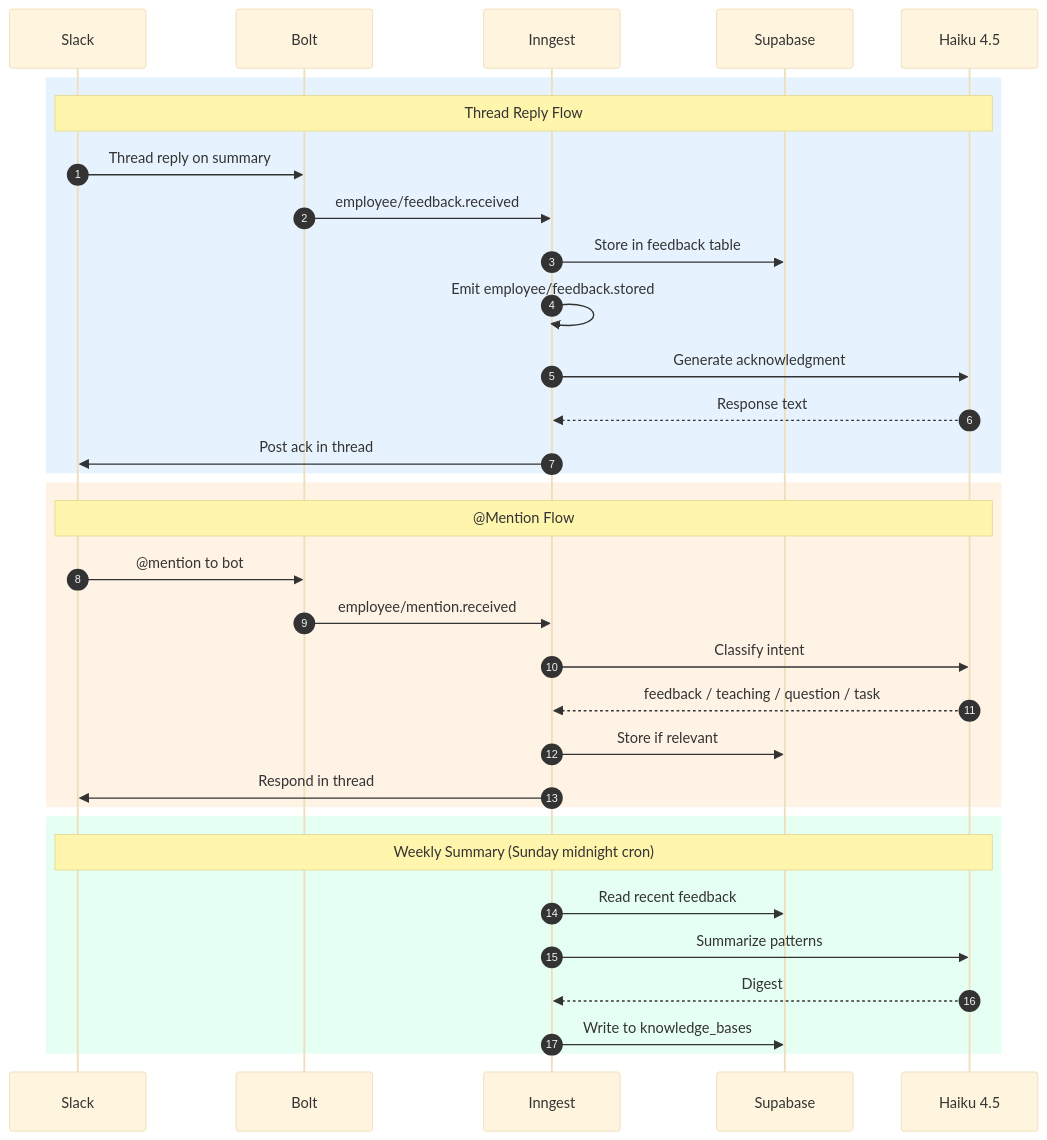
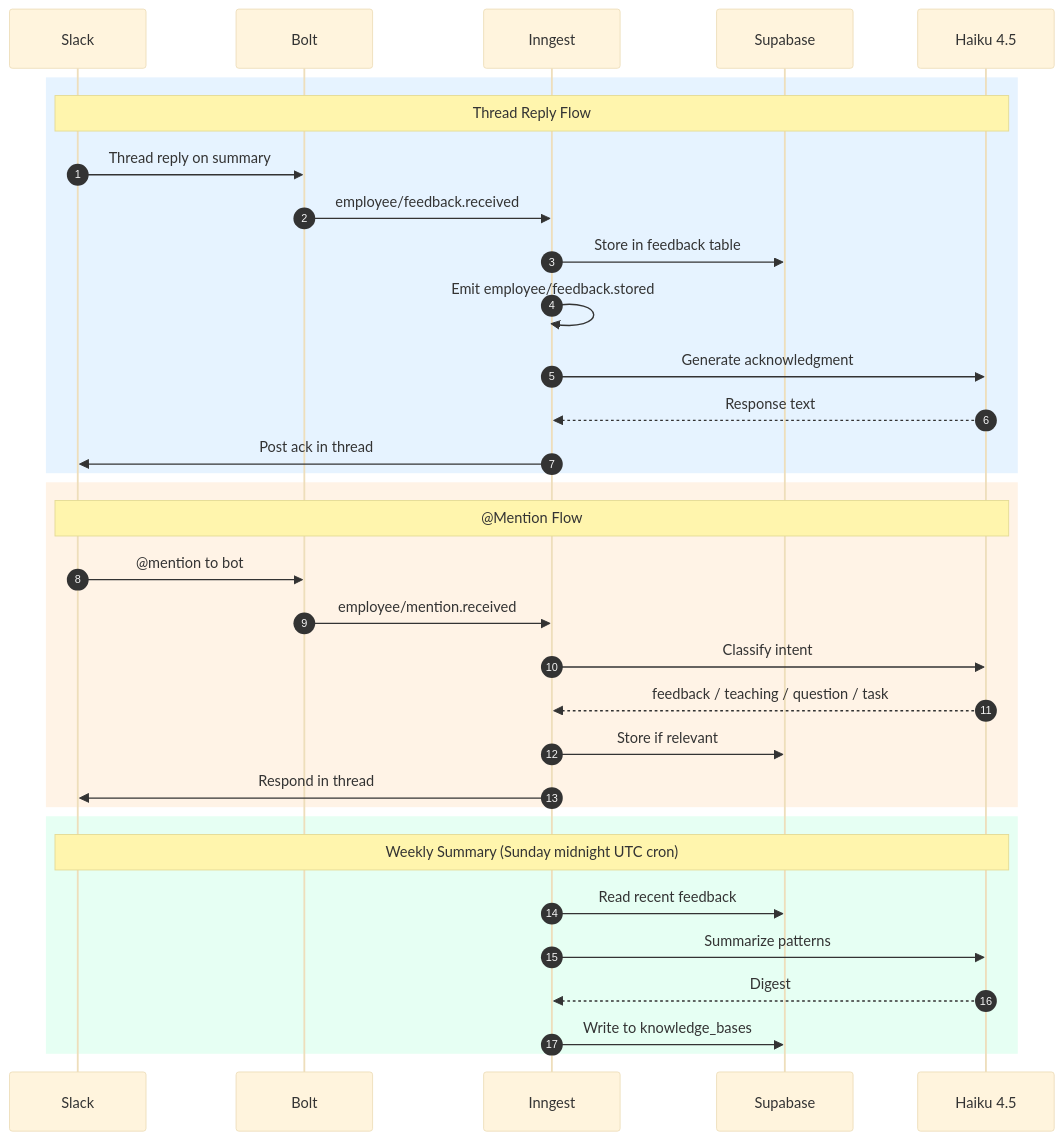
One commit to viiqswim/dozaldevs-ai-employee changed the fourth of 4 diagrams in docs/2026-04-20-1314-current-system-state.md. Above: the diagram before and after it, drawn with Mermaid (base theme). The commit also changed other lines of this file, not shown here.

Commit message:
docs: fix cron timezone — trigger fires at 8am UTC not CT, add agent warning

````diff
--- a/docs/2026-04-20-1314-current-system-state.md
+++ b/docs/2026-04-20-1314-current-system-state.md
@@ -200,38 +203,38 @@
 ```mermaid
 sequenceDiagram
     autonumber
     participant SL as Slack
     participant BT as Bolt
     participant IG as Inngest
     participant DB as Supabase
     participant LLM as Haiku 4.5
 
     rect rgb(230, 243, 255)
     Note over SL,LLM: Thread Reply Flow
     SL->>BT: Thread reply on summary
     BT->>IG: employee/feedback.received
     IG->>DB: Store in feedback table
     IG->>IG: Emit employee/feedback.stored
     IG->>LLM: Generate acknowledgment
     LLM-->>IG: Response text
     IG->>SL: Post ack in thread
     end
 
     rect rgb(255, 243, 230)
     Note over SL,LLM: @Mention Flow
     SL->>BT: @mention to bot
     BT->>IG: employee/mention.received
     IG->>LLM: Classify intent
     LLM-->>IG: feedback / teaching / question / task
     IG->>DB: Store if relevant
     IG->>SL: Respond in thread
     end
 
     rect rgb(230, 255, 243)
-    Note over SL,LLM: Weekly Summary (Sunday midnight cron)
+    Note over SL,LLM: Weekly Summary (Sunday midnight UTC cron)
     IG->>DB: Read recent feedback
     IG->>LLM: Summarize patterns
     LLM-->>IG: Digest
     IG->>DB: Write to knowledge_bases
     end
 ```
````
